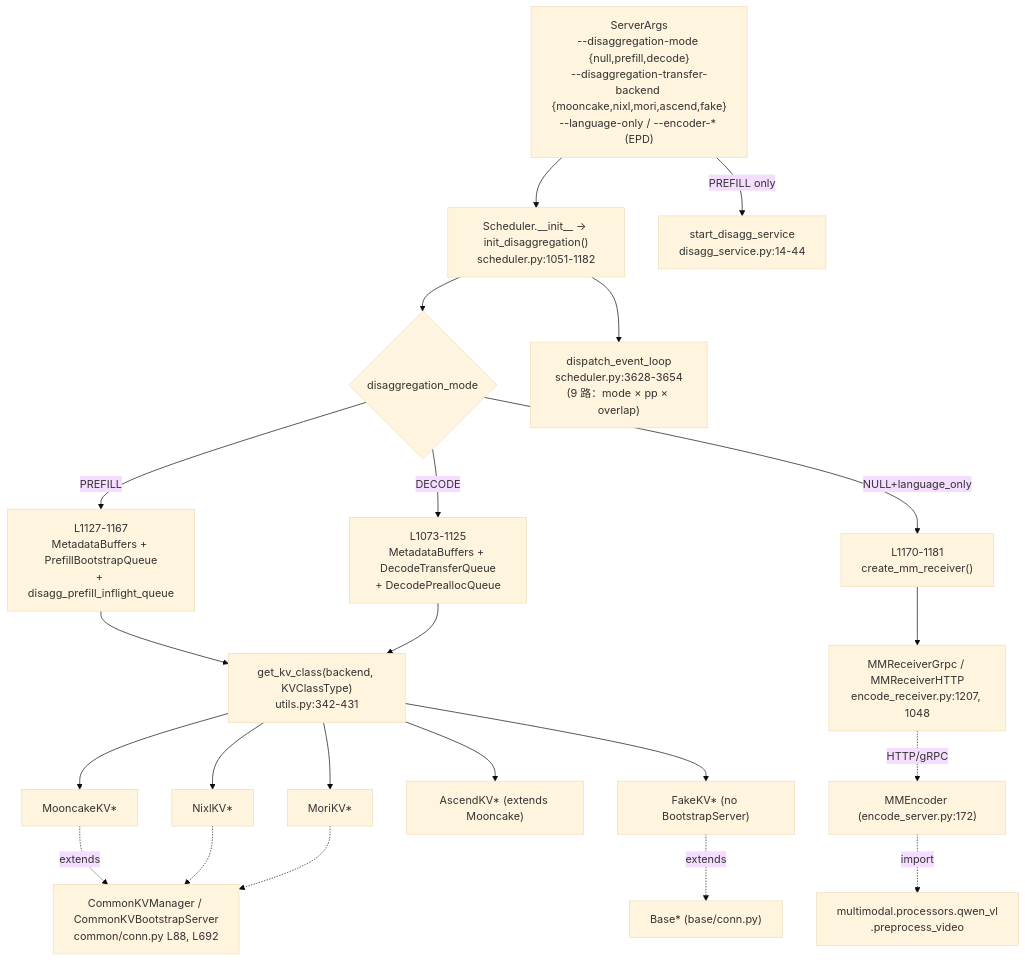
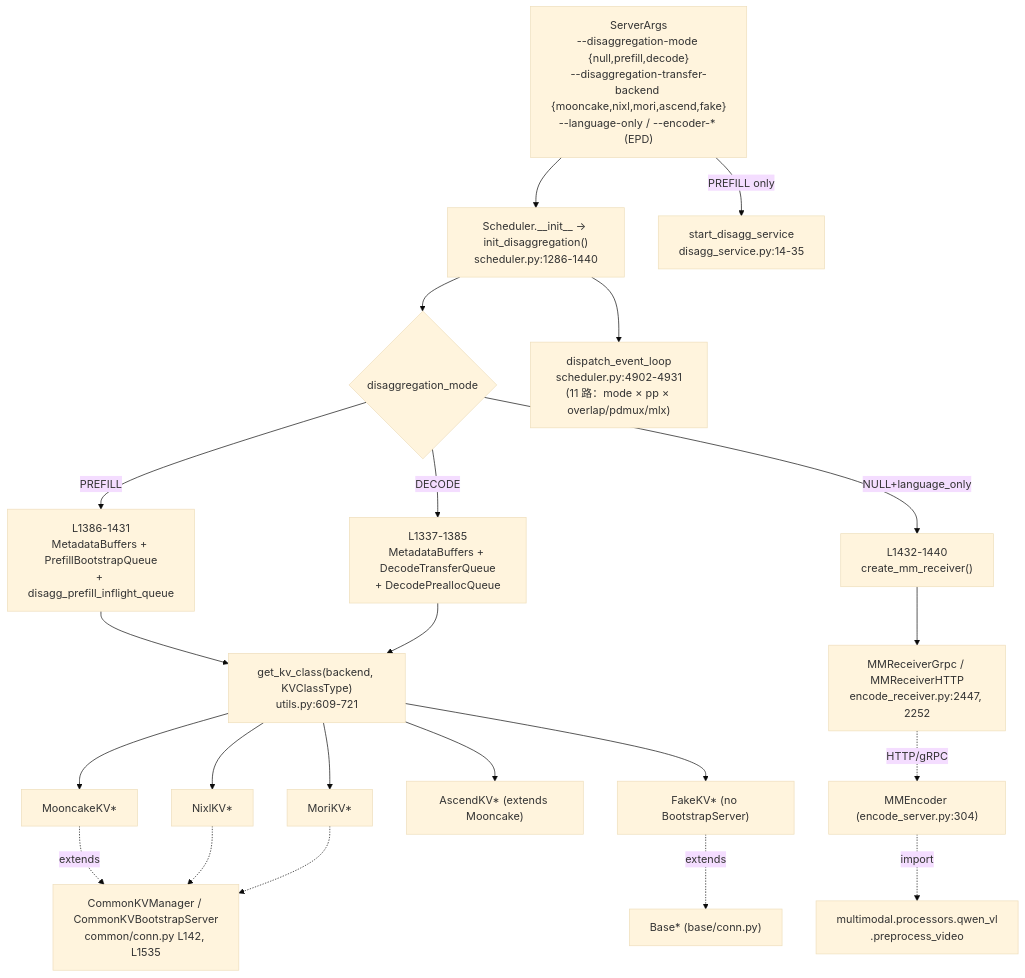
Before and after one commit to learning-sketch/wiki: the diagram in sglang/topics/pd-disaggregation.md, drawn with Mermaid (base theme). The commit also changed other lines of this file and 7 other files, not shown here.

````diff
--- a/sglang/topics/pd-disaggregation.md
+++ b/sglang/topics/pd-disaggregation.md
@@ -61,31 +61,31 @@
 ```mermaid
 flowchart TB
     SA["ServerArgs<br/>--disaggregation-mode {null,prefill,decode}<br/>--disaggregation-transfer-backend {mooncake,nixl,mori,ascend,fake}<br/>--language-only / --encoder-* (EPD)"]
-    SA --> SCH["Scheduler.__init__ → init_disaggregation()<br/>scheduler.py:1051-1182"]
+    SA --> SCH["Scheduler.__init__ → init_disaggregation()<br/>scheduler.py:1286-1440"]
 
     SCH --> BR{"disaggregation_mode"}
-    BR -->|PREFILL| PREP["L1127-1167<br/>MetadataBuffers + PrefillBootstrapQueue<br/>+ disagg_prefill_inflight_queue"]
-    BR -->|DECODE| DECP["L1073-1125<br/>MetadataBuffers + DecodeTransferQueue<br/>+ DecodePreallocQueue"]
-    BR -->|NULL+language_only| EPDP["L1170-1181<br/>create_mm_receiver()"]
+    BR -->|PREFILL| PREP["L1386-1431<br/>MetadataBuffers + PrefillBootstrapQueue<br/>+ disagg_prefill_inflight_queue"]
+    BR -->|DECODE| DECP["L1337-1385<br/>MetadataBuffers + DecodeTransferQueue<br/>+ DecodePreallocQueue"]
+    BR -->|NULL+language_only| EPDP["L1432-1440<br/>create_mm_receiver()"]
 
-    PREP --> GK["get_kv_class(backend, KVClassType)<br/>utils.py:342-431"]
+    PREP --> GK["get_kv_class(backend, KVClassType)<br/>utils.py:609-721"]
     DECP --> GK
     GK --> B1["MooncakeKV*"]
     GK --> B2["NixlKV*"]
     GK --> B3["MoriKV*"]
     GK --> B4["AscendKV* (extends Mooncake)"]
     GK --> B5["FakeKV* (no BootstrapServer)"]
 
-    B1 -.extends.-> CKM["CommonKVManager / CommonKVBootstrapServer<br/>common/conn.py L88, L692"]
+    B1 -.extends.-> CKM["CommonKVManager / CommonKVBootstrapServer<br/>common/conn.py L142, L1535"]
     B2 -.-> CKM
     B3 -.-> CKM
     B5 -.extends.-> BASE["Base* (base/conn.py)"]
 
-    SA -->|PREFILL only| DSV["start_disagg_service<br/>disagg_service.py:14-44"]
+    SA -->|PREFILL only| DSV["start_disagg_service<br/>disagg_service.py:14-35"]
 
-    SCH --> DEL["dispatch_event_loop<br/>scheduler.py:3628-3654<br/>(9 路：mode × pp × overlap)"]
+    SCH --> DEL["dispatch_event_loop<br/>scheduler.py:4902-4931<br/>(11 路：mode × pp × overlap/pdmux/mlx)"]
 
-    EPDP --> EPDR["MMReceiverGrpc / MMReceiverHTTP<br/>encode_receiver.py:1207, 1048"]
-    EPDR -.HTTP/gRPC.-> EPDS["MMEncoder (encode_server.py:172)"]
+    EPDP --> EPDR["MMReceiverGrpc / MMReceiverHTTP<br/>encode_receiver.py:2447, 2252"]
+    EPDR -.HTTP/gRPC.-> EPDS["MMEncoder (encode_server.py:304)"]
     EPDS -.import.-> MM["multimodal.processors.qwen_vl<br/>.preprocess_video"]
 ```
````
